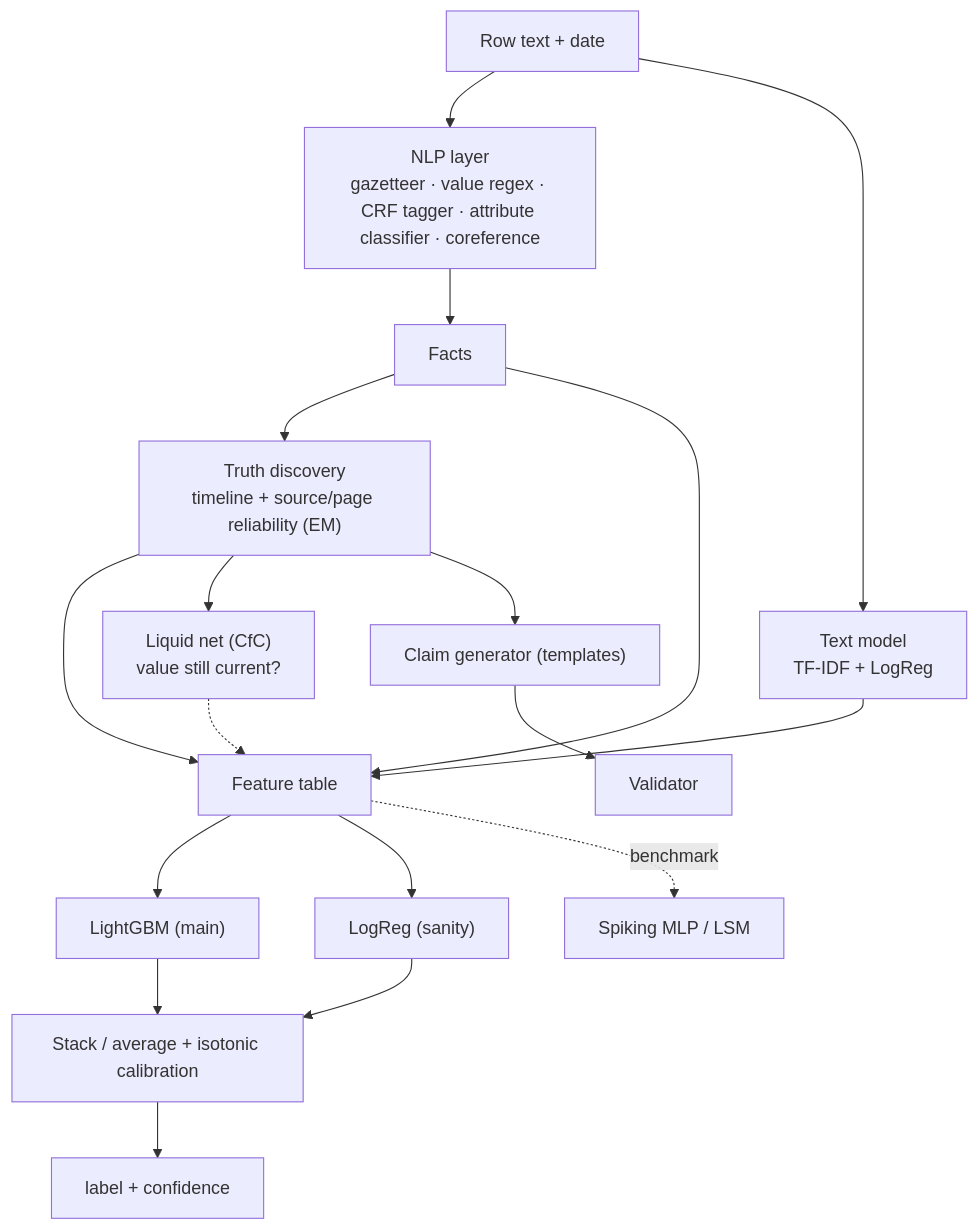
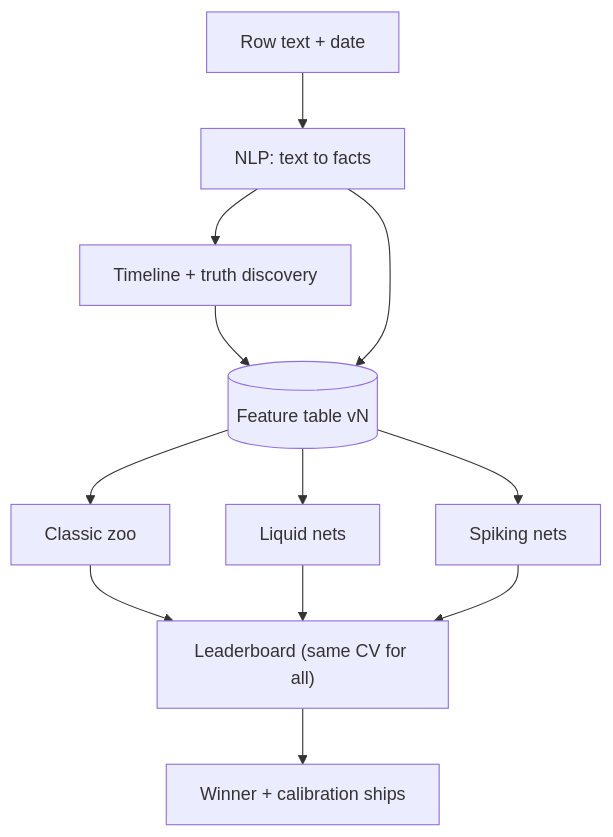
One commit to Arkhan12345/HoolyTzatziki-hype-arena-starter changed the diagram in docs/MODELS.md. Above: the diagram before and after it, drawn with Mermaid. The commit also changed other lines of this file and 6 other files, not shown here.

First line of the commit message:
docs: model strategy v2, branch workflow, architecture options in README

````diff
--- a/docs/MODELS.md
+++ b/docs/MODELS.md
@@ -12,15 +13,14 @@
 ```mermaid
 flowchart TD
-  T["Row text + date"] --> N["NLP layer<br/>gazetteer · value regex · CRF tagger · attribute classifier · coreference"]
-  N --> F["Facts"]
-  F --> TD["Truth discovery<br/>timeline + source/page reliability (EM)"]
-  TD --> FE["Feature table"]
-  F --> FE
-  T --> TX["Text model<br/>TF-IDF + LogReg"] --> FE
-  TD --> CFC["Liquid net (CfC)<br/>value still current?"] -.-> FE
-  FE --> LGB["LightGBM (main)"] --> ENS["Stack / average + isotonic calibration"]
-  FE --> LR["LogReg (sanity)"] --> ENS
-  FE -. benchmark .-> SNN["Spiking MLP / LSM"]
-  ENS --> L["label + confidence"]
-  TD --> G["Claim generator (templates)"] --> V["Validator"]
+  T["Row text + date"] --> N["NLP: text to facts"]
+  N --> TD["Timeline + truth discovery"]
+  TD --> FT[("Feature table vN")]
+  N --> FT
+  FT --> Z1["Classic zoo"]
+  FT --> Z2["Liquid nets"]
+  FT --> Z3["Spiking nets"]
+  Z1 --> LB["Leaderboard (same CV for all)"]
+  Z2 --> LB
+  Z3 --> LB
+  LB --> W["Winner + calibration ships"]
 ```
````
